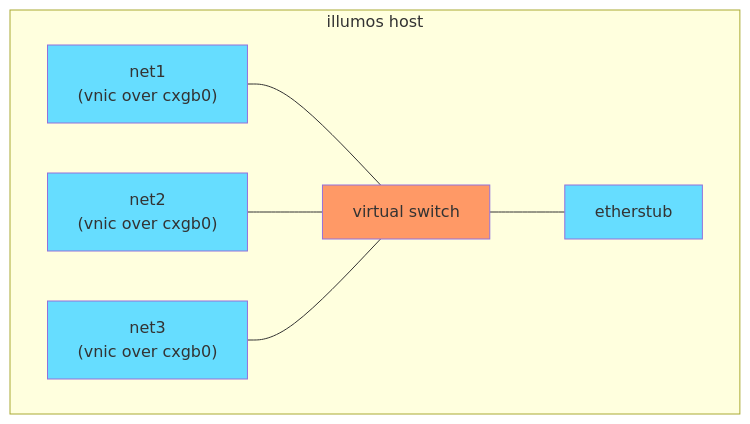
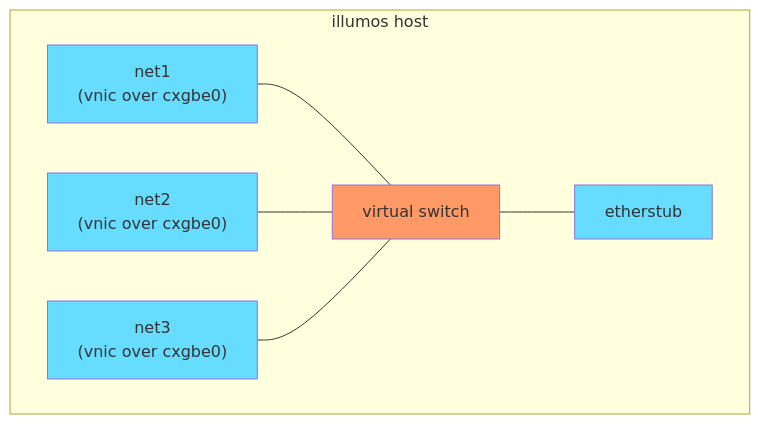
One commit to oxidecomputer/omicron changed the third of 5 diagrams in docs/networking.adoc. Above: the diagram before and after it, drawn with Mermaid. The commit also changed other lines of this file, not shown here.

````diff
--- a/docs/networking.adoc
+++ b/docs/networking.adoc
@@ -147,26 +147,26 @@
 ```mermaid
 graph TD
     subgraph "illumos host"
         vnic1 --- vswitch1
         vnic2 --- vswitch1
         vnic3 --- vswitch1
         vswitch1 --- etherstub
     end
 
     %% Labels are defined as needed at the end here to avoid changing the layout.
-    vnic1["net1\n(vnic over cxgb0)"]
-    vnic2["net2\n(vnic over cxgb0)"]
-    vnic3["net3\n(vnic over cxgb0)"]
+    vnic1["net1\n(vnic over cxgbe0)"]
+    vnic2["net2\n(vnic over cxgbe0)"]
+    vnic3["net3\n(vnic over cxgbe0)"]
     vswitch1["virtual switch"]
     etherstub["etherstub\n"]
 
     classDef switch fill:#f96
     class vswitch1 switch
     class switch switch
 
     classDef datalink fill:#6df
     class vnic1 datalink
     class vnic2 datalink
     class vnic3 datalink
     class etherstub datalink
 ```
````
